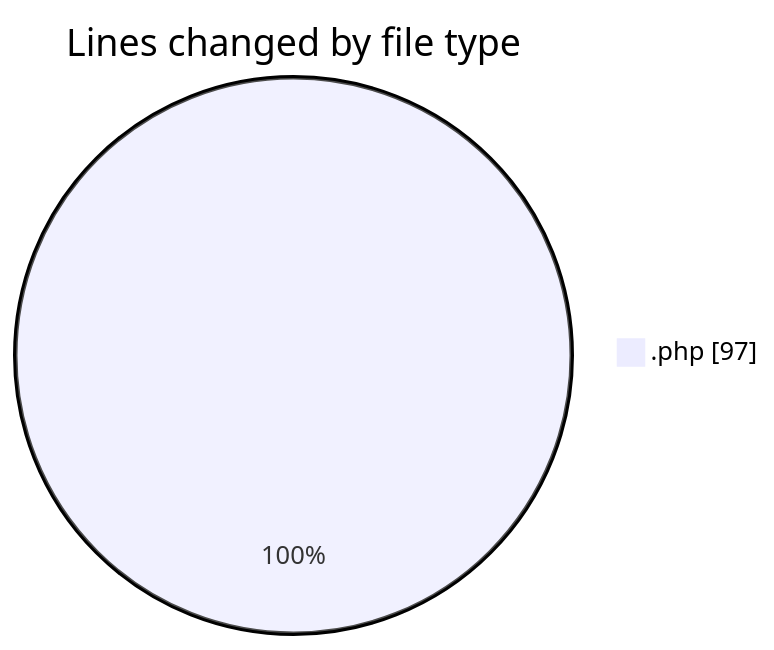
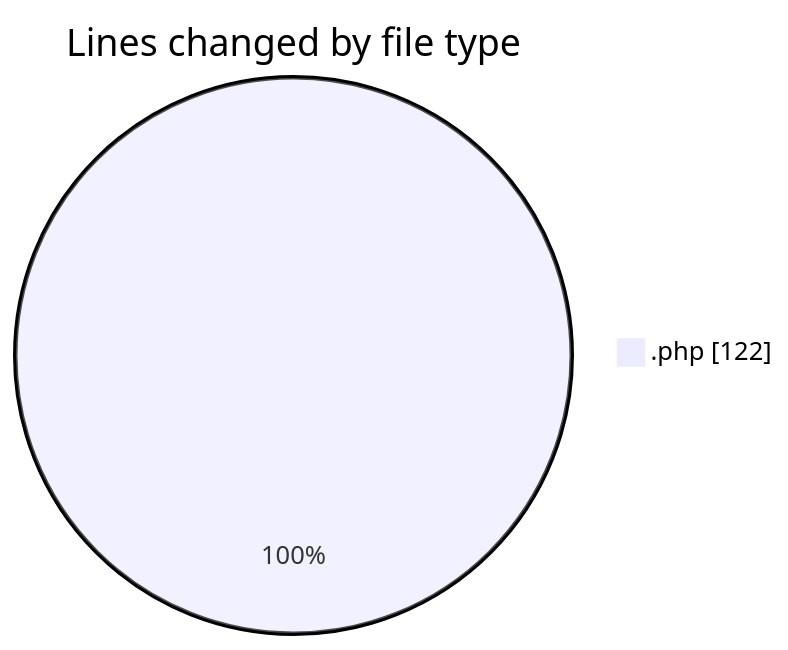
Before and after one commit to idhammustaqopulfikri/code-tracking: the first of 2 diagrams in 2025-06-16/studio-backend/README.md, drawn with Mermaid. The commit also changed other lines of this file and 1 other file, not shown here.

````diff
--- a/2025-06-16/studio-backend/README.md
+++ b/2025-06-16/studio-backend/README.md
@@ -20,5 +20,5 @@
 ```mermaid
 pie showData
 title Lines changed by file type
-".php" : 97
+".php" : 122
 ```
````
